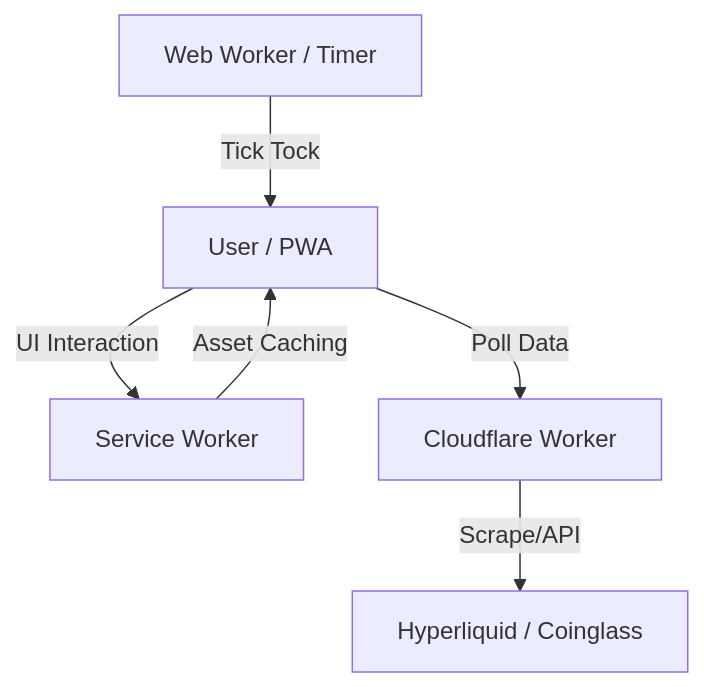
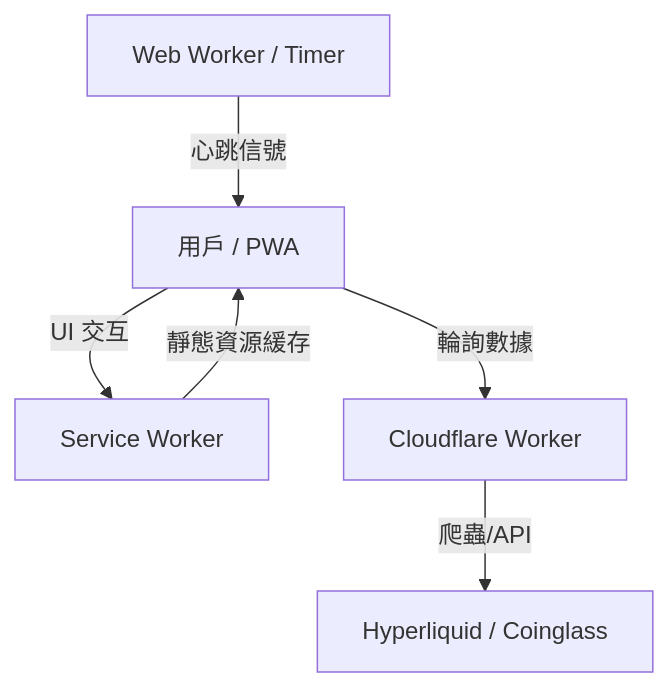
One commit to bennytsai1234/hypermonitor changed the diagram in docs/02_ARCHITECTURE.md. Above: the diagram before and after it, drawn with Mermaid. The commit also changed other lines of this file and 11 other files, not shown here.

````diff
--- a/docs/02_ARCHITECTURE.md
+++ b/docs/02_ARCHITECTURE.md
@@ -7,14 +7,14 @@
 ```mermaid
 graph TD
-    User[User / PWA]
+    User[用戶 / PWA]
     SW[Service Worker]
     WW[Web Worker / Timer]
     Edge[Cloudflare Worker]
     Source[Hyperliquid / Coinglass]
 
-    User -->|UI Interaction| SW
-    SW -->|Asset Caching| User
-    User -->|Poll Data| Edge
-    WW -->|Tick Tock| User
-    Edge -->|Scrape/API| Source
+    User -->|UI 交互| SW
+    SW -->|靜態資源緩存| User
+    User -->|輪詢數據| Edge
+    WW -->|心跳信號| User
+    Edge -->|爬蟲/API| Source
 ```
````
